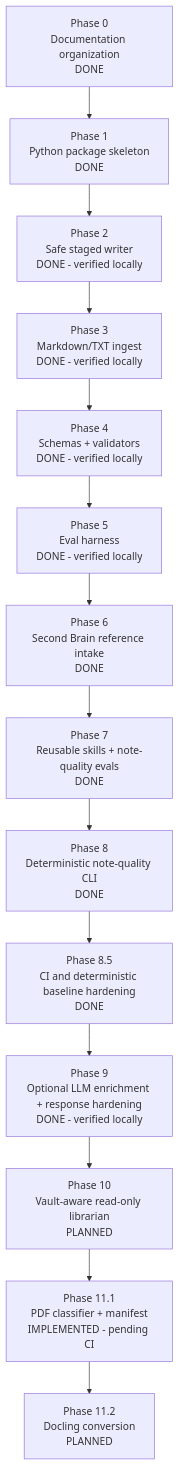
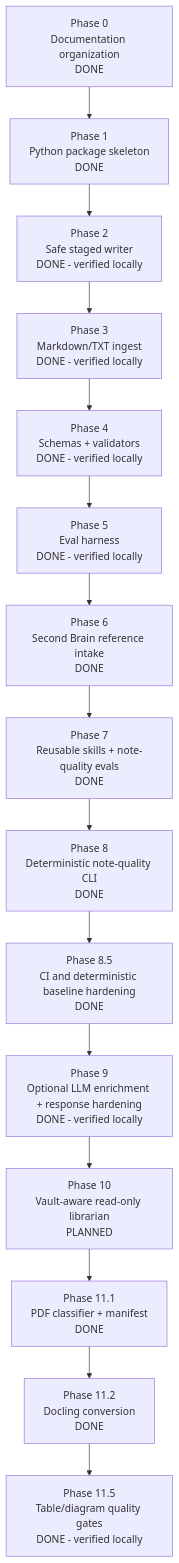
One commit to Denys/obsidian-librarian-to-add changed the diagram in docs/10_implementation_plan.md. Above: the diagram before and after it, drawn with Mermaid. The commit also changed other lines of this file and 22 other files, not shown here.

Commit message:
docs: close out phase 11.5 pdf gates

````diff
--- a/docs/10_implementation_plan.md
+++ b/docs/10_implementation_plan.md
@@ -5,19 +5,20 @@
 ```mermaid
 flowchart TD
     P0[Phase 0<br/>Documentation organization<br/>DONE]
     P1[Phase 1<br/>Python package skeleton<br/>DONE]
     P2[Phase 2<br/>Safe staged writer<br/>DONE - verified locally]
     P3[Phase 3<br/>Markdown/TXT ingest<br/>DONE - verified locally]
     P4[Phase 4<br/>Schemas + validators<br/>DONE - verified locally]
     P5[Phase 5<br/>Eval harness<br/>DONE - verified locally]
     P6[Phase 6<br/>Second Brain reference intake<br/>DONE]
     P7[Phase 7<br/>Reusable skills + note-quality evals<br/>DONE]
     P8[Phase 8<br/>Deterministic note-quality CLI<br/>DONE]
     P8_5[Phase 8.5<br/>CI and deterministic baseline hardening<br/>DONE]
     P9[Phase 9<br/>Optional LLM enrichment + response hardening<br/>DONE - verified locally]
     P10[Phase 10<br/>Vault-aware read-only librarian<br/>PLANNED]
-    P11[Phase 11.1<br/>PDF classifier + manifest<br/>IMPLEMENTED - pending CI]
-    P11_2[Phase 11.2<br/>Docling conversion<br/>PLANNED]
+    P11[Phase 11.1<br/>PDF classifier + manifest<br/>DONE]
+    P11_2[Phase 11.2<br/>Docling conversion<br/>DONE]
+    P11_5[Phase 11.5<br/>Table/diagram quality gates<br/>DONE - verified locally]
 
-    P0 --> P1 --> P2 --> P3 --> P4 --> P5 --> P6 --> P7 --> P8 --> P8_5 --> P9 --> P10 --> P11 --> P11_2
+    P0 --> P1 --> P2 --> P3 --> P4 --> P5 --> P6 --> P7 --> P8 --> P8_5 --> P9 --> P10 --> P11 --> P11_2 --> P11_5
 ```
````
